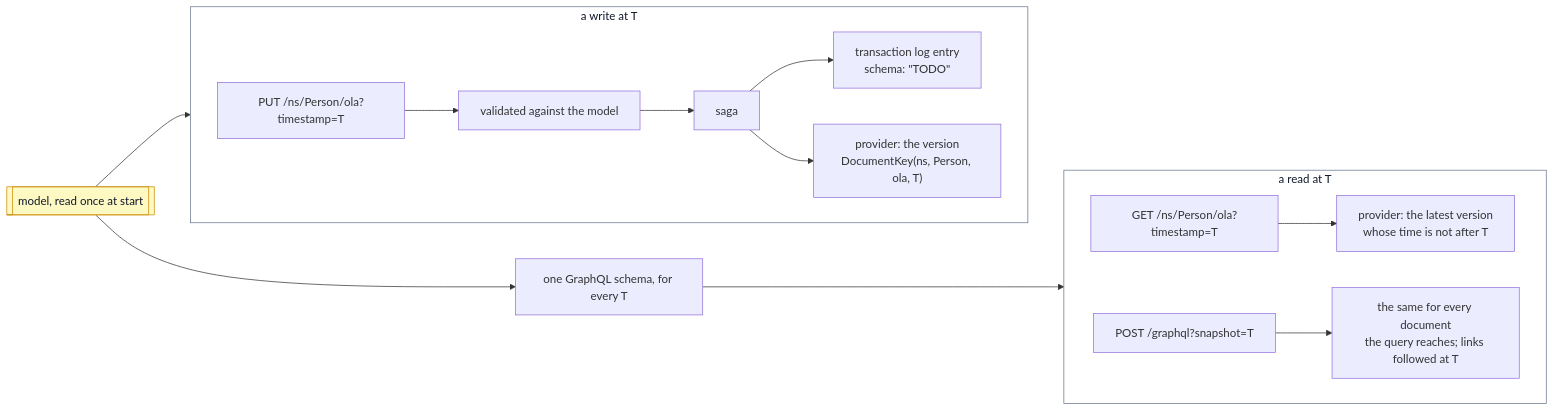
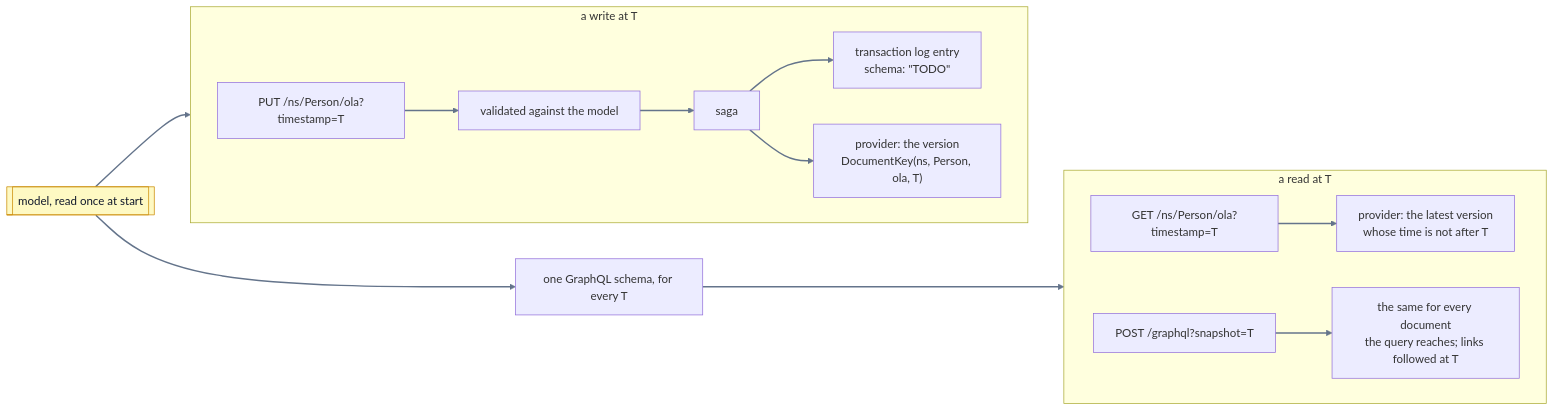
Before and after one commit to descoped/linked-data-store-project: the diagram in docs/developer/architecture.md, drawn with Mermaid. The commit also changed 1 other file, not shown here.

Commit message:
Figures that read in the dark theme of GitHub too
The Gantt charts get larger text and a wider column for their labels, so a
label no longer runs into its bar. The arrows of the flowcharts are mid-grey,
which shows on light and dark; the frames are no longer filled white, where the
light arrows of the dark theme could not be seen.

````diff
--- a/docs/developer/architecture.md
+++ b/docs/developer/architecture.md
@@ -234,20 +234,19 @@
 ```mermaid
 flowchart LR
     model[["model, read once at start"]]
     subgraph write["a write at T"]
         direction LR
         w["PUT /ns/Person/ola?timestamp=T"] --> v["validated against the model"] --> s["saga"]
         s --> tx["transaction log entry<br/>schema: #quot;TODO#quot;"]
         s --> p["provider: the version<br/>DocumentKey(ns, Person, ola, T)"]
     end
     subgraph read["a read at T"]
         direction LR
         rest["GET /ns/Person/ola?timestamp=T"] --> q["provider: the latest version<br/>whose time is not after T"]
         gq["POST /graphql?snapshot=T"] --> q2["the same for every document<br/>the query reaches; links followed at T"]
     end
     model --> v
     model --> g["one GraphQL schema, for every T"] --> gq
     style model fill:#fef9c3,stroke:#ca8a04,color:#0f172a
-    style write fill:#ffffff,stroke:#64748b,color:#0f172a
-    style read fill:#ffffff,stroke:#64748b,color:#0f172a
+    linkStyle default stroke:#64748b,stroke-width:2px
 ```
````
